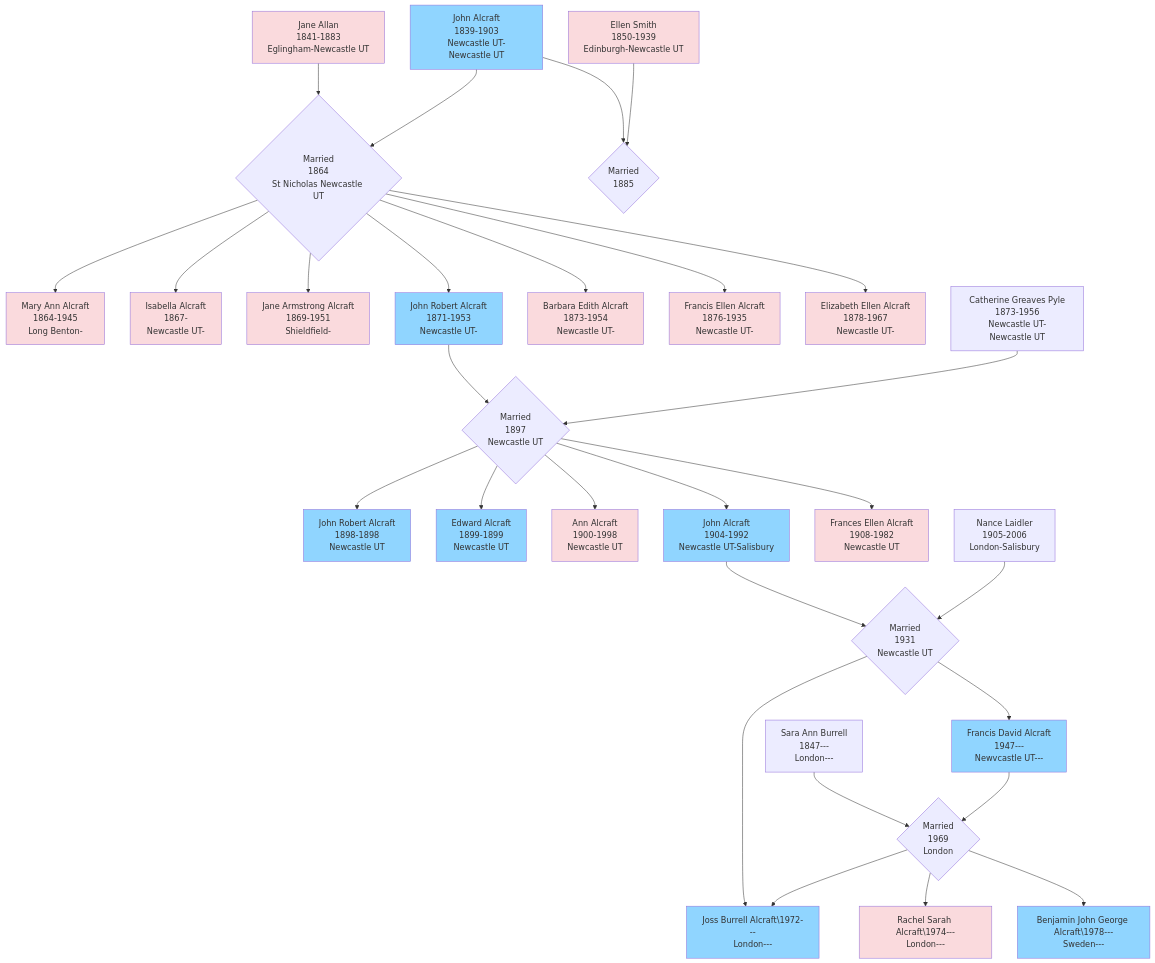
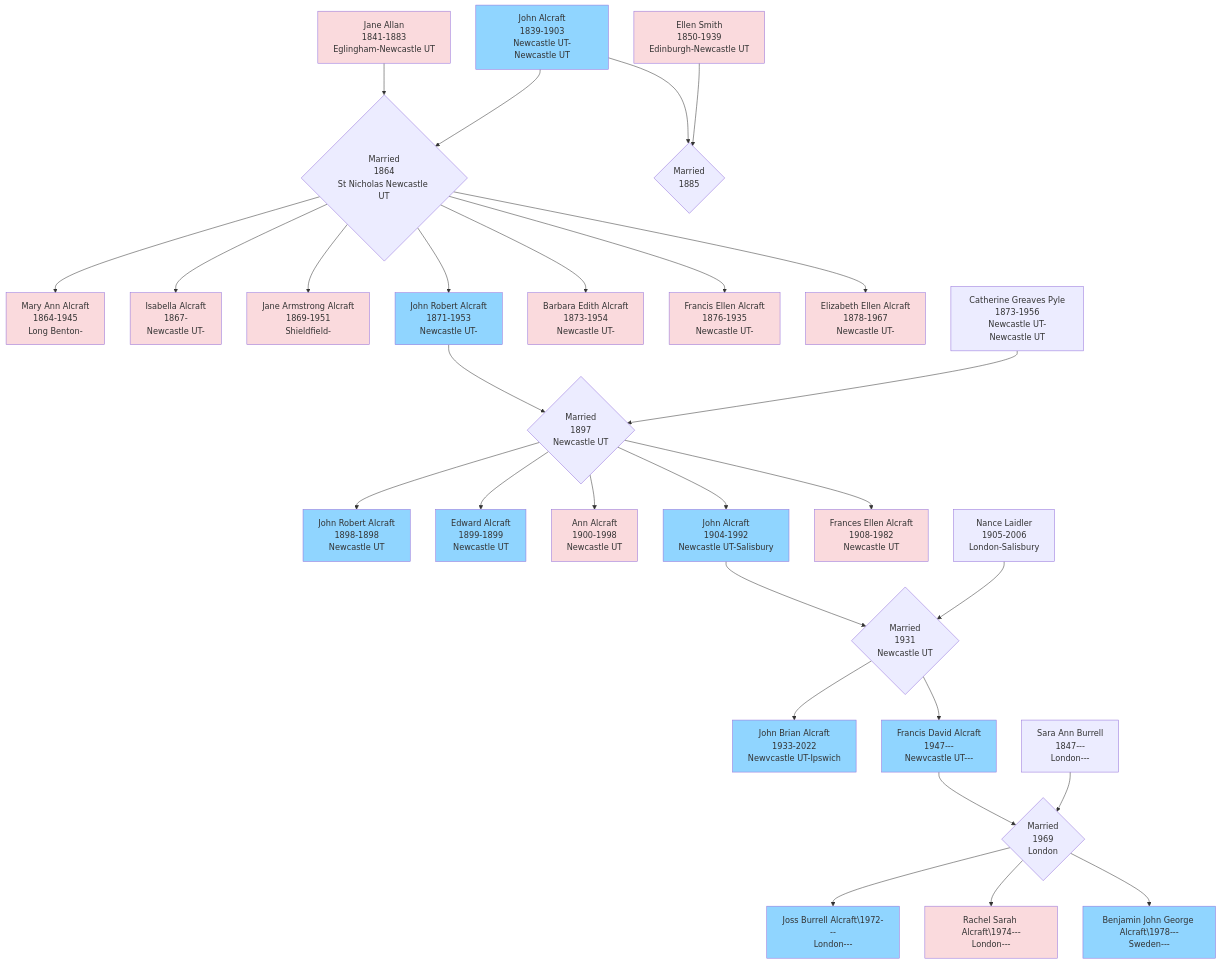
One commit to RachelAlcraft/family-tree changed the diagram in docs/index.md. Above: the diagram before and after it, drawn with Mermaid.

````diff
--- a/docs/index.md
+++ b/docs/index.md
@@ -6,68 +6,68 @@
 ``` mermaid
 flowchart TD  
 JA1[John Alcraft\n1839-1903\nNewcastle UT-Newcastle UT] --> JAJA{Married\n1864\nSt Nicholas Newcastle UT};
 style JA1 fill:#90d5ff
 click JA1 "jones" "JA1"
 JA2[Jane Allan\n1841-1883\nEglingham-Newcastle UT] --> JAJA;
 style JA2 fill:#FADADD
 click JA2 "jones" "JA2"
 ES[Ellen Smith\n1850-1939\nEdinburgh-Newcastle UT] --> JAES{Married\n1885};
 JA1 --> JAES
 JAJA -->MAA[Mary Ann Alcraft\n1864-1945\nLong Benton-];
 JAJA -->IA[Isabella Alcraft\n1867-\nNewcastle UT-];
 JAJA -->JAA[Jane Armstrong Alcraft\n1869-1951\nShieldfield-];
 JAJA -->JRA[John Robert Alcraft\n1871-1953\nNewcastle UT-];
 JAJA -->BEA[Barbara Edith Alcraft\n1873-1954\nNewcastle UT-];
 JAJA -->FEA[Francis Ellen Alcraft\n1876-1935\nNewcastle UT-];
 JAJA -->EEA[Elizabeth Ellen Alcraft\n1878-1967\nNewcastle UT-];
 
 JRA --> JRACGP{Married\n1897\nNewcastle UT};
 style JRA fill:#90d5ff
 CGP[Catherine Greaves Pyle\n1873-1956\nNewcastle UT-Newcastle UT];
 CGP --> JRACGP;
 JRACGP --> JRA2[John Robert Alcraft\n1898-1898\nNewcastle UT];
 style JRA2 fill:#90d5ff
 JRACGP --> EA[Edward Alcraft\n1899-1899\nNewcastle UT];
 style EA fill:#90d5ff
 JRACGP --> AA[Ann Alcraft\n1900-1998\nNewcastle UT];
 style AA fill:#FADADD
 JRACGP --> JA3[John Alcraft\n1904-1992\nNewcastle UT-Salisbury];
 style JA3 fill:#90d5ff
 JRACGP --> FEA2[Frances Ellen Alcraft\n1908-1982\nNewcastle UT];
 style FEA2 fill:#FADADD
 
 JA3 --> JA3NL{Married\n1931\nNewcastle UT};
 NL[Nance Laidler\n1905-2006\nLondon-Salisbury];
 NL --> JA3NL;
 JBA[John Brian Alcraft\n1933-2022\nNewvcastle UT-Ipswich];
 style JBA fill:#90d5ff
 FDA[Francis David Alcraft\n1947---\nNewvcastle UT---];
 style FDA fill:#90d5ff
 JA3NL --> JBA;
 JA3NL --> FDA;
 
 FDA --> FDASAB{Married\n1969\nLondon};
 SAB[Sara Ann Burrell\n1847---\nLondon---];
 SAB --> FDASAB;
-FDASAB -->JBA[Joss Burrell Alcraft\1972---\nLondon---];
-style JBA fill:#90d5ff
+FDASAB -->JBA2[Joss Burrell Alcraft\1972---\nLondon---];
+style JBA2 fill:#90d5ff
 FDASAB -->RSA[Rachel Sarah Alcraft\1974---\nLondon---];
 style RSA fill:#FADADD
 FDASAB -->BJGA[Benjamin John George Alcraft\1978---\nSweden---];
 style BJGA fill:#90d5ff
 
 
 
 
 
 style ES fill:#FADADD
 style MAA fill:#FADADD
 style IA fill:#FADADD
 style JAA fill:#FADADD
 style BEA fill:#FADADD
 style FEA fill:#FADADD
 style EEA fill:#FADADD
 
 
 
 ```
````
